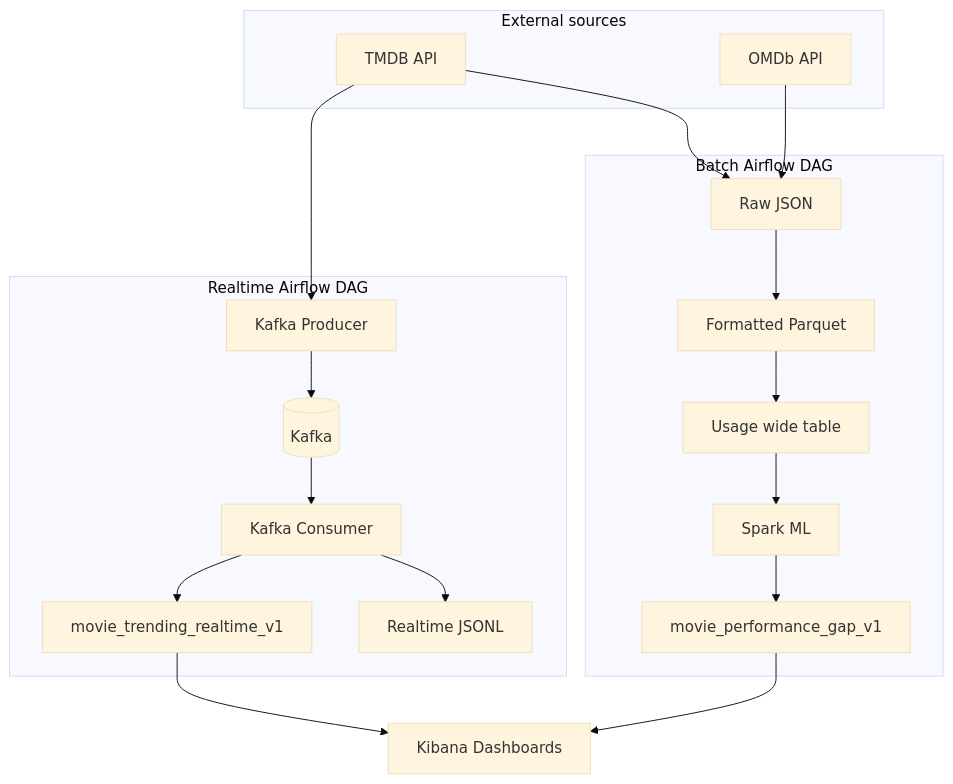
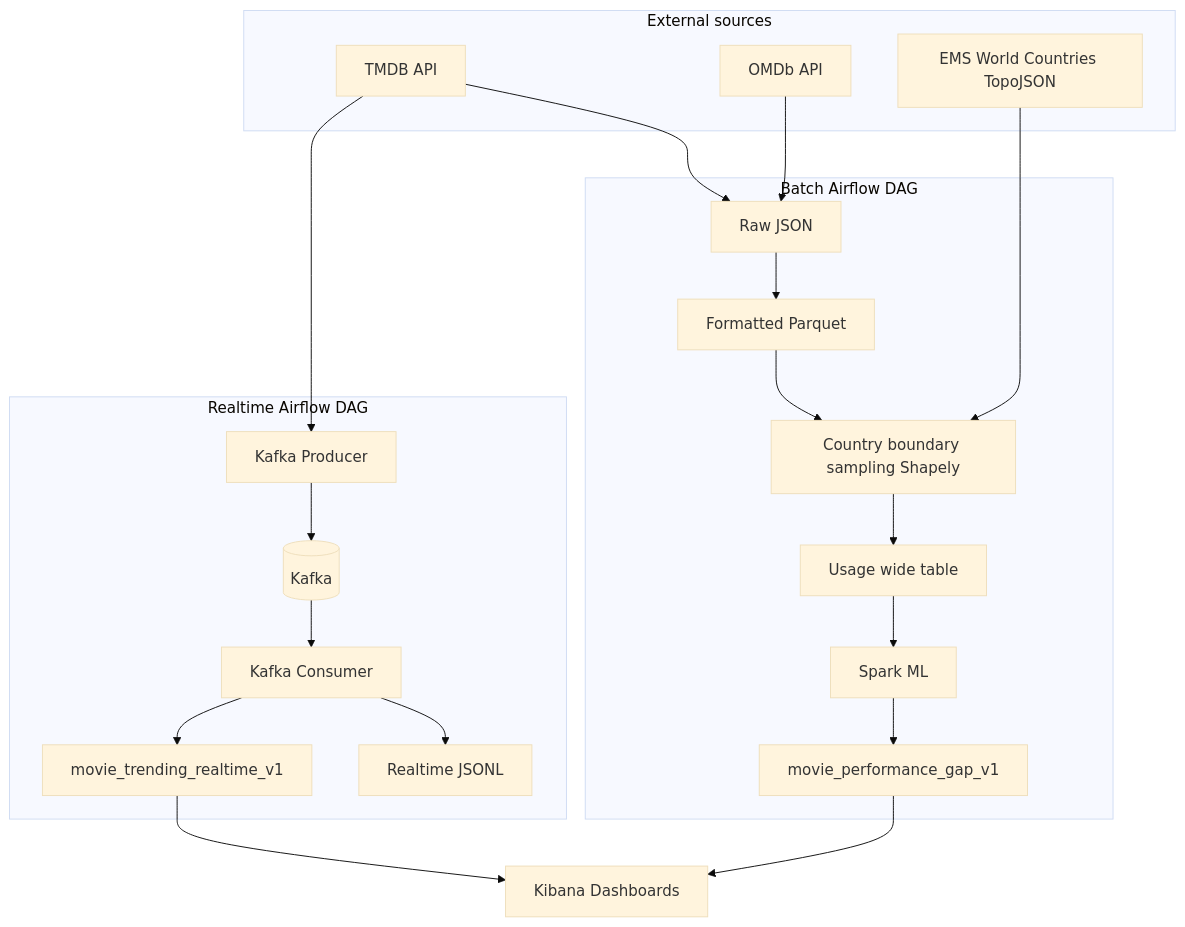
One commit to GodlikeHAN/bigdata-datalack-movie changed the diagram in docs/index.md. Above: the diagram before and after it, drawn with Mermaid (base theme). The commit also changed other lines of this file and 1227 other files, not shown here.

````diff
--- a/docs/index.md
+++ b/docs/index.md
@@ -33,33 +33,36 @@
 ```mermaid
 flowchart TB
   subgraph sources [External sources]
     TMDB[TMDB API]
     OMDb[OMDb API]
+    EMS[EMS World Countries TopoJSON]
   end
 
   subgraph batch [Batch Airflow DAG]
     RAW[Raw JSON]
     FMT[Formatted Parquet]
+    GEO[Country boundary sampling Shapely]
     USG[Usage wide table]
     ML[Spark ML]
     ES1[movie_performance_gap_v1]
   end
 
   subgraph realtime [Realtime Airflow DAG]
     PROD[Kafka Producer]
     KFK[(Kafka)]
     CONS[Kafka Consumer]
     RT[Realtime JSONL]
     ES2[movie_trending_realtime_v1]
   end
 
   TMDB --> RAW
   OMDb --> RAW
-  RAW --> FMT --> USG --> ML --> ES1
+  EMS --> GEO
+  RAW --> FMT --> GEO --> USG --> ML --> ES1
   TMDB --> PROD --> KFK --> CONS
   CONS --> RT
   CONS --> ES2
 
   ES1 --> KIB[Kibana Dashboards]
   ES2 --> KIB
 ```
````
